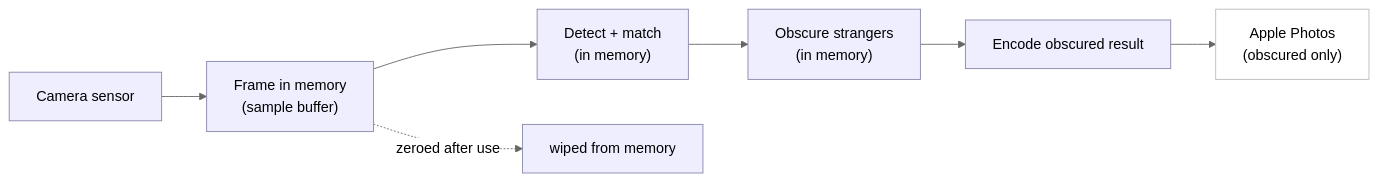
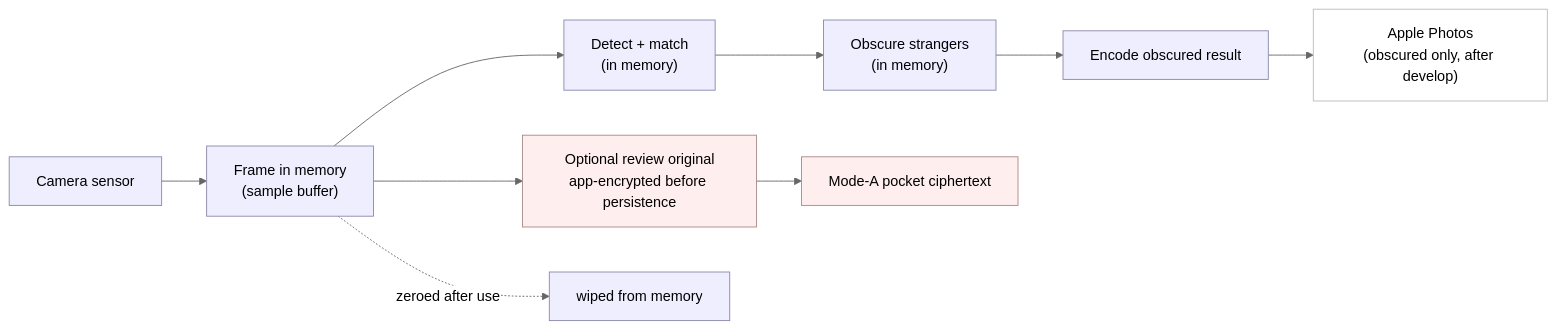
One commit to carlheinmostert/myclick-protocol changed the fourth of 10 diagrams in PROTOCOL.md. Above: the diagram before and after it, drawn with Mermaid (neutral theme). The commit also changed other lines of this file, not shown here.

First line of the commit message:
protocol(§11): stills-only Stream v1 + STOP-only withdrawal

````diff
--- a/PROTOCOL.md
+++ b/PROTOCOL.md
@@ -769,14 +856,18 @@
 ```mermaid
 flowchart LR
     S["Camera sensor"] --> B["Frame in memory<br/>(sample buffer)"]
     B --> V["Detect + match<br/>(in memory)"]
     V --> O["Obscure strangers<br/>(in memory)"]
     O --> W["Encode obscured result"]
-    W --> P["Apple Photos<br/>(obscured only)"]
+    W --> P["Apple Photos<br/>(obscured only, after develop)"]
+    B --> E["Optional review original<br/>app-encrypted before persistence"]
+    E --> K["Mode-A pocket ciphertext"]
     B -.->|zeroed after use| Z["wiped from memory"]
 
     classDef mem fill:#eef,stroke:#88a,color:#000;
+    classDef disk fill:#fee,stroke:#a88,color:#000;
     classDef plain fill:#fff,stroke:#bbb,color:#000;
     class S,B,V,O,W,Z mem;
+    class E,K disk;
     class P plain;
 ```
````
